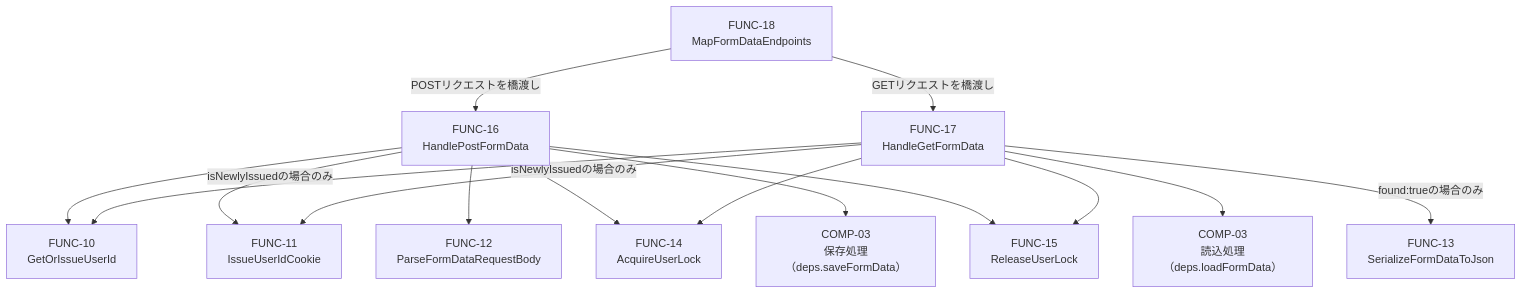
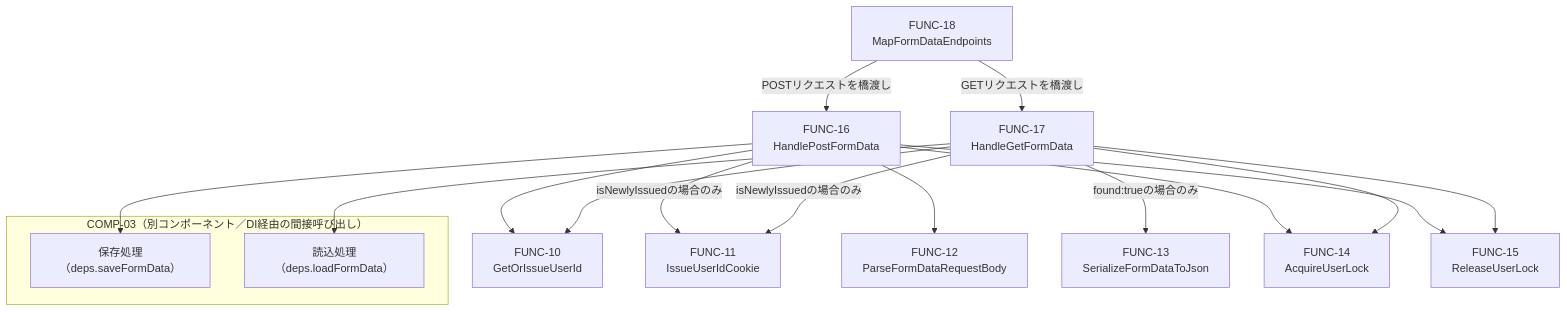
Before and after one commit to SanghunIm1991/learn-playwright-dotnet: the diagram in docs/03_function_design/COMP-02.md, drawn with Mermaid. The commit also changed other lines of this file, not shown here.

````diff
--- a/docs/03_function_design/COMP-02.md
+++ b/docs/03_function_design/COMP-02.md
@@ -243,31 +250,34 @@
 ```mermaid
 flowchart TD
     MAP["FUNC-18<br/>MapFormDataEndpoints"]
     POST["FUNC-16<br/>HandlePostFormData"]
     GET["FUNC-17<br/>HandleGetFormData"]
     USERID["FUNC-10<br/>GetOrIssueUserId"]
     COOKIE["FUNC-11<br/>IssueUserIdCookie"]
     PARSE["FUNC-12<br/>ParseFormDataRequestBody"]
     SERIALIZE["FUNC-13<br/>SerializeFormDataToJson"]
     LOCK["FUNC-14<br/>AcquireUserLock"]
     UNLOCK["FUNC-15<br/>ReleaseUserLock"]
-    COMP03SAVE["COMP-03<br/>保存処理（deps.saveFormData）"]
-    COMP03LOAD["COMP-03<br/>読込処理（deps.loadFormData）"]
+
+    subgraph COMP03["COMP-03（別コンポーネント／DI経由の間接呼び出し）"]
+        COMP03SAVE["保存処理（deps.saveFormData）"]
+        COMP03LOAD["読込処理（deps.loadFormData）"]
+    end
 
     MAP -- "POSTリクエストを橋渡し" --> POST
     MAP -- "GETリクエストを橋渡し" --> GET
 
     POST --> USERID
     POST -- "isNewlyIssuedの場合のみ" --> COOKIE
     POST --> PARSE
     POST --> LOCK
     POST --> COMP03SAVE
     POST --> UNLOCK
 
     GET --> USERID
     GET -- "isNewlyIssuedの場合のみ" --> COOKIE
     GET --> LOCK
     GET --> COMP03LOAD
     GET --> UNLOCK
     GET -- "found:trueの場合のみ" --> SERIALIZE
 ```
````
